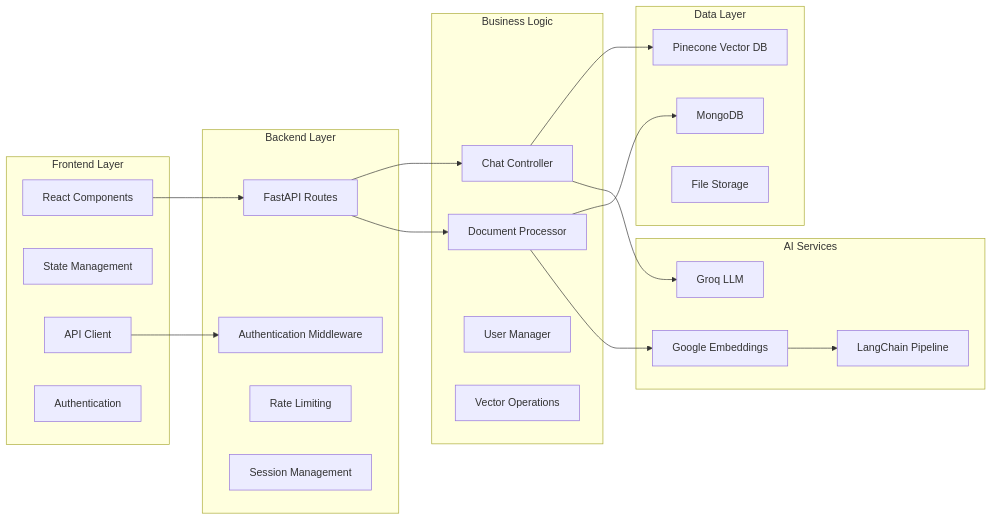
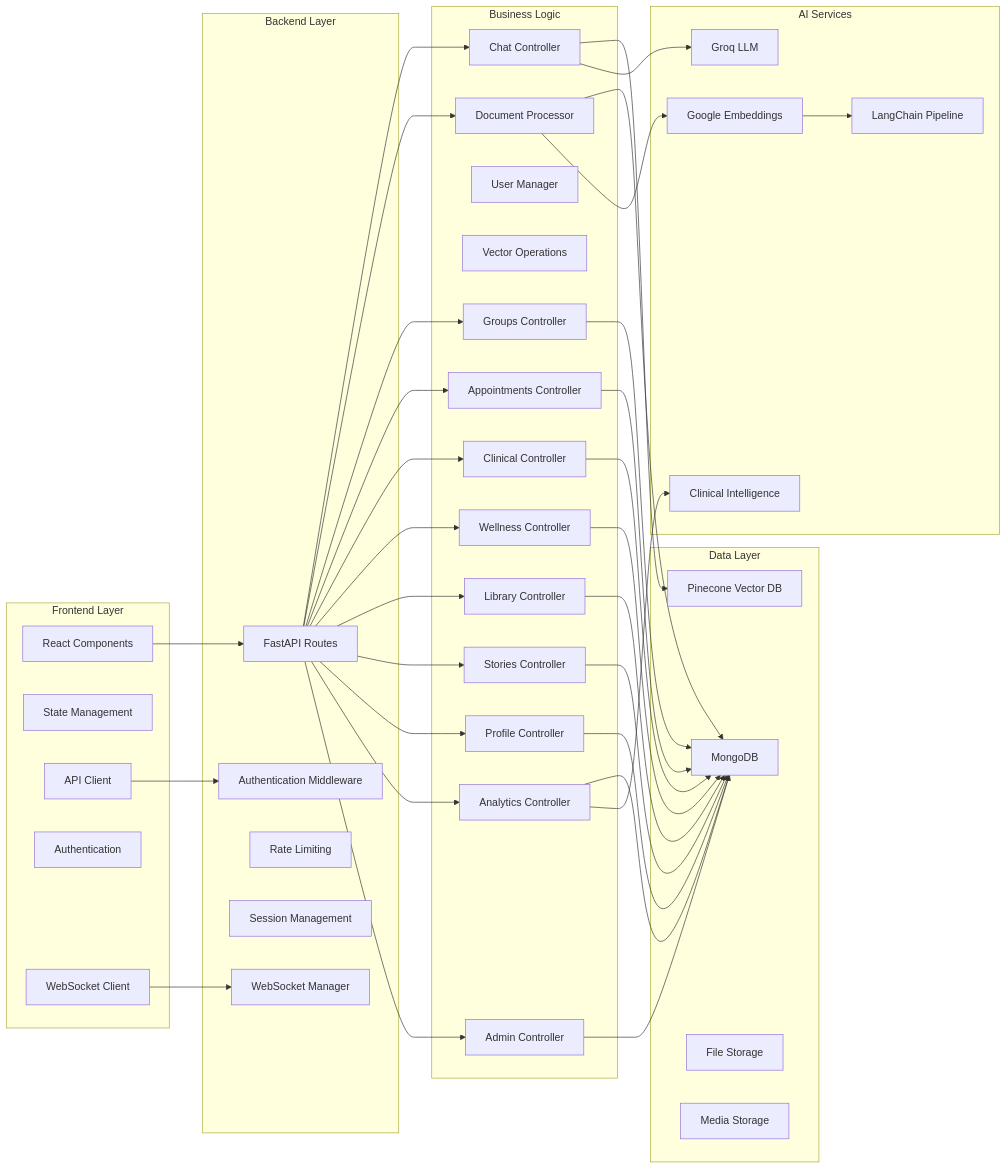
Before and after one commit to YogeshKumar-saini/medical-Chatbot-genAi-app: the third of 9 diagrams in README.md, drawn with Mermaid. The commit also changed other lines of this file and 66 other files, not shown here.

````diff
--- a/README.md
+++ b/README.md
@@ -126,45 +382,78 @@
 ```mermaid
 graph LR
     subgraph "Frontend Layer"
         A1[React Components]
         A2[State Management]
         A3[API Client]
         A4[Authentication]
+        A5[WebSocket Client]
     end
     
     subgraph "Backend Layer"
         B1[FastAPI Routes]
         B2[Authentication Middleware]
         B3[Rate Limiting]
         B4[Session Management]
+        B5[WebSocket Manager]
     end
     
     subgraph "Business Logic"
         C1[Chat Controller]
         C2[Document Processor]
         C3[User Manager]
         C4[Vector Operations]
+        C5[Groups Controller]
+        C6[Appointments Controller]
+        C7[Clinical Controller]
+        C8[Wellness Controller]
+        C9[Library Controller]
+        C10[Stories Controller]
+        C11[Profile Controller]
+        C12[Analytics Controller]
+        C13[Admin Controller]
     end
     
     subgraph "Data Layer"
         D1[MongoDB]
         D2[Pinecone Vector DB]
         D3[File Storage]
+        D4[Media Storage]
     end
     
     subgraph "AI Services"
         E1[Groq LLM]
         E2[Google Embeddings]
         E3[LangChain Pipeline]
+        E4[Clinical Intelligence]
     end
     
     A1 --> B1
     A3 --> B2
+    A5 --> B5
     B1 --> C1
     B1 --> C2
+    B1 --> C5
+    B1 --> C6
+    B1 --> C7
+    B1 --> C8
+    B1 --> C9
+    B1 --> C10
+    B1 --> C11
+    B1 --> C12
+    B1 --> C13
     C1 --> D2
     C2 --> D1
+    C5 --> D1
+    C6 --> D1
+    C7 --> D1
+    C8 --> D1
+    C9 --> D1
+    C10 --> D1
+    C11 --> D1
+    C12 --> D1
+    C13 --> D1
     C1 --> E1
     C2 --> E2
+    C12 --> E4
     E2 --> E3
 ```
````
